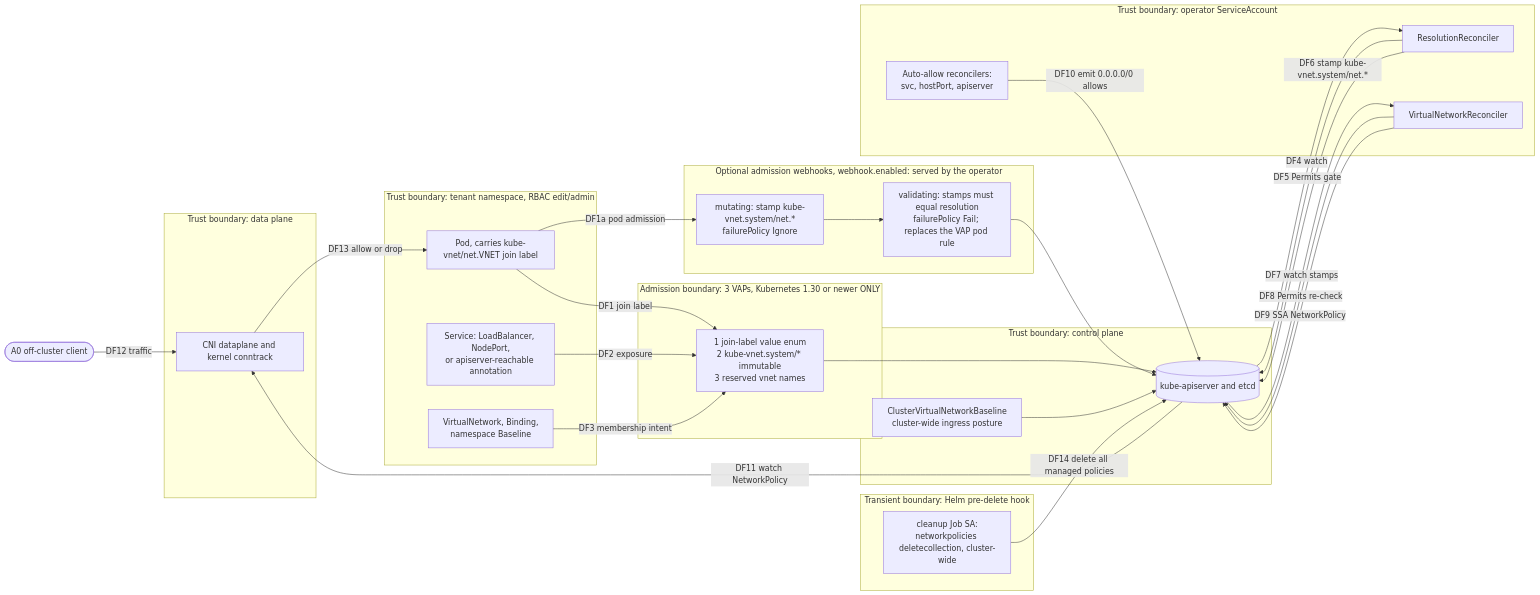
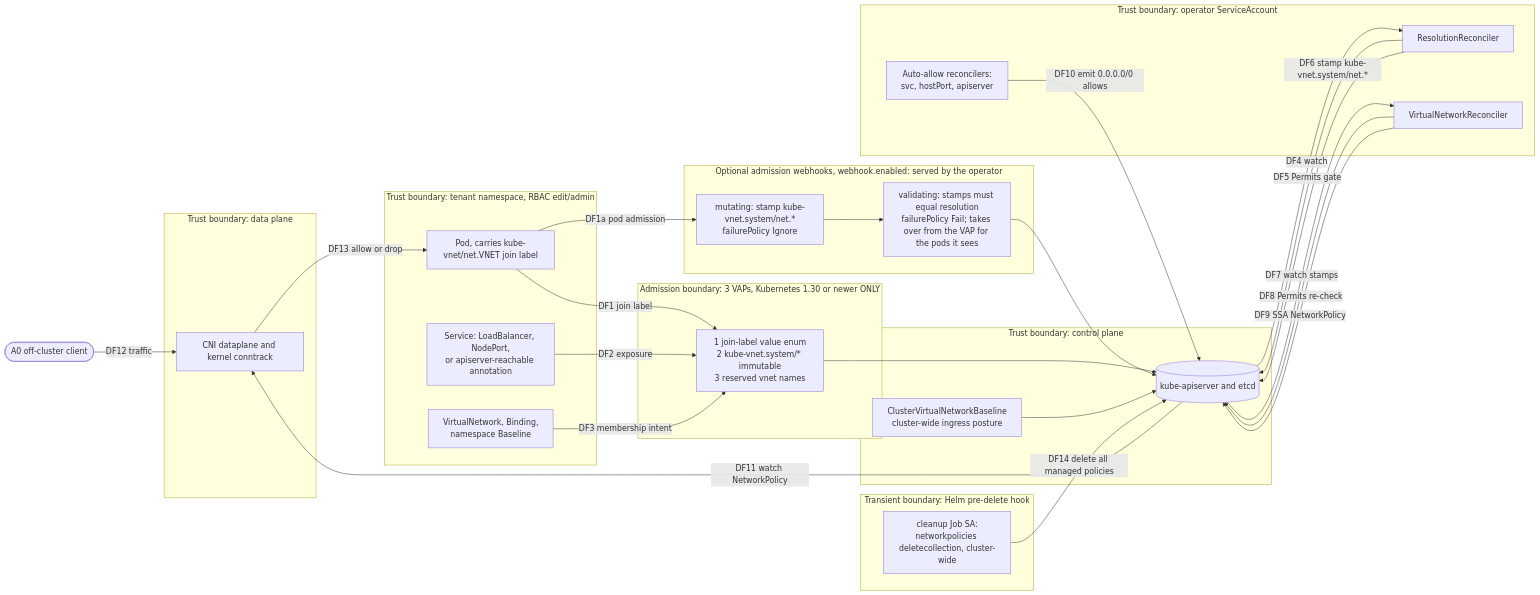
The first of 2 diagrams in docs/security/threat-model.md (lhns/kube-vnet), drawn with Mermaid before and after one commit. The commit also changed other lines of this file and 18 other files, not shown here.

````diff
--- a/docs/security/threat-model.md
+++ b/docs/security/threat-model.md
@@ -61,63 +61,63 @@
 ```mermaid
 flowchart LR
     ext(["A0 off-cluster client"])
 
     subgraph TENANT["Trust boundary: tenant namespace, RBAC edit/admin"]
         pod["Pod, carries kube-vnet/net.VNET join label"]
         svc["Service: LoadBalancer, NodePort,<br/>or apiserver-reachable annotation"]
         crs["VirtualNetwork, Binding,<br/>namespace Baseline"]
     end
 
     subgraph ADM["Admission boundary: 3 VAPs, Kubernetes 1.30 or newer ONLY"]
         vap["1 join-label value enum<br/>2 kube-vnet.system/* immutable<br/>3 reserved vnet names"]
     end
 
     subgraph WH["Optional admission webhooks, webhook.enabled: served by the operator"]
         mwh["mutating: stamp kube-vnet.system/net.*<br/>failurePolicy Ignore"]
-        vwh["validating: stamps must equal resolution<br/>failurePolicy Fail; replaces the VAP pod rule"]
+        vwh["validating: stamps must equal resolution<br/>failurePolicy Fail; takes over from the VAP for the pods it sees"]
     end
 
     subgraph CP["Trust boundary: control plane"]
         api[("kube-apiserver and etcd")]
         cvnb["ClusterVirtualNetworkBaseline<br/>cluster-wide ingress posture"]
     end
 
     subgraph OP["Trust boundary: operator ServiceAccount"]
         res["ResolutionReconciler"]
         gen["VirtualNetworkReconciler"]
         auto["Auto-allow reconcilers:<br/>svc, hostPort, apiserver"]
     end
 
     subgraph DP["Trust boundary: data plane"]
         cni["CNI dataplane and kernel conntrack"]
     end
 
     subgraph HOOK["Transient boundary: Helm pre-delete hook"]
         job["cleanup Job SA:<br/>networkpolicies deletecollection, cluster-wide"]
     end
 
     pod -->|"DF1 join label"| vap
     pod -->|"DF1a pod admission"| mwh
     mwh --> vwh
     vwh --> api
     svc -->|"DF2 exposure"| vap
     crs -->|"DF3 membership intent"| vap
     vap --> api
     cvnb --> api
 
     api -->|"DF4 watch"| res
     res -->|"DF5 Permits gate"| api
     res -->|"DF6 stamp kube-vnet.system/net.*"| api
 
     api -->|"DF7 watch stamps"| gen
     gen -->|"DF8 Permits re-check"| api
     gen -->|"DF9 SSA NetworkPolicy"| api
 
     auto -->|"DF10 emit 0.0.0.0/0 allows"| api
 
     api -->|"DF11 watch NetworkPolicy"| cni
     ext -->|"DF12 traffic"| cni
     cni -->|"DF13 allow or drop"| pod
 
     job -->|"DF14 delete all managed policies"| api
 ```
````
